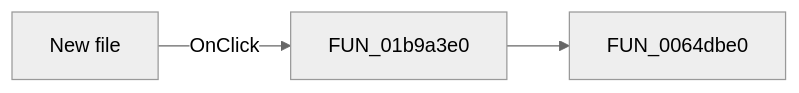
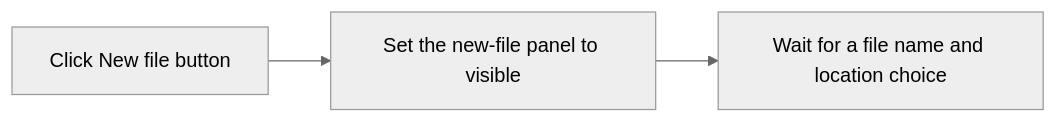
Before and after one commit to MovGP0/TIARA: the diagram in docs/ui-controls/frmeditcomprack/btnnewfile-31170ba8da.md, drawn with Mermaid (neutral theme). The commit also changed other lines of this file and 387 other files, not shown here.

````diff
--- a/docs/ui-controls/frmeditcomprack/btnnewfile-31170ba8da.md
+++ b/docs/ui-controls/frmeditcomprack/btnnewfile-31170ba8da.md
@@ -27,5 +27,5 @@
 ```mermaid
 flowchart LR
-    control["New file"] -->|OnClick| handler["FUN_01b9a3e0"]
-    handler --> call1["FUN_0064dbe0"]
+    control["Click New file button"] --> handler["Set the new-file panel to visible"]
+    handler --> ready["Wait for a file name and location choice"]
 ```
````
